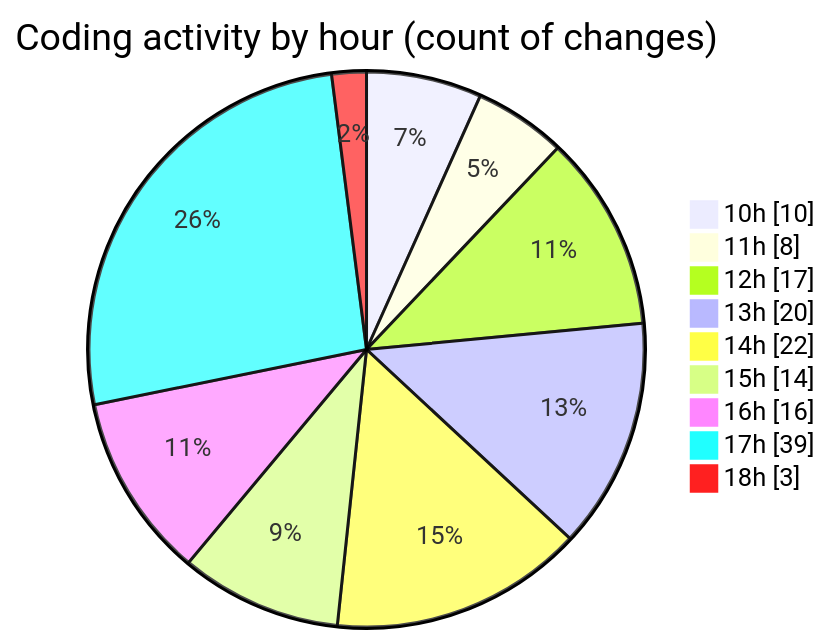
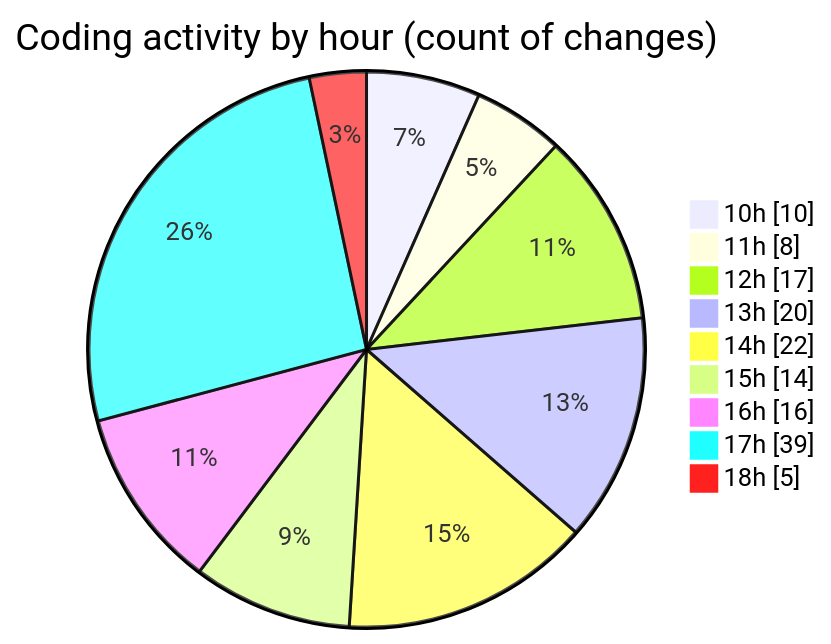
The second of 2 diagrams in 2025-12-03/cda/README.md (momahboobian/code-tracking), drawn with Mermaid before and after one commit. The commit also changed other lines of this file and 1 other file, not shown here.

````diff
--- a/2025-12-03/cda/README.md
+++ b/2025-12-03/cda/README.md
@@ -44,13 +44,13 @@
 ```mermaid
 pie showData
 title Coding activity by hour (count of changes)
 "10h" : 10
 "11h" : 8
 "12h" : 17
 "13h" : 20
 "14h" : 22
 "15h" : 14
 "16h" : 16
 "17h" : 39
-"18h" : 3
+"18h" : 5
 ```
````
